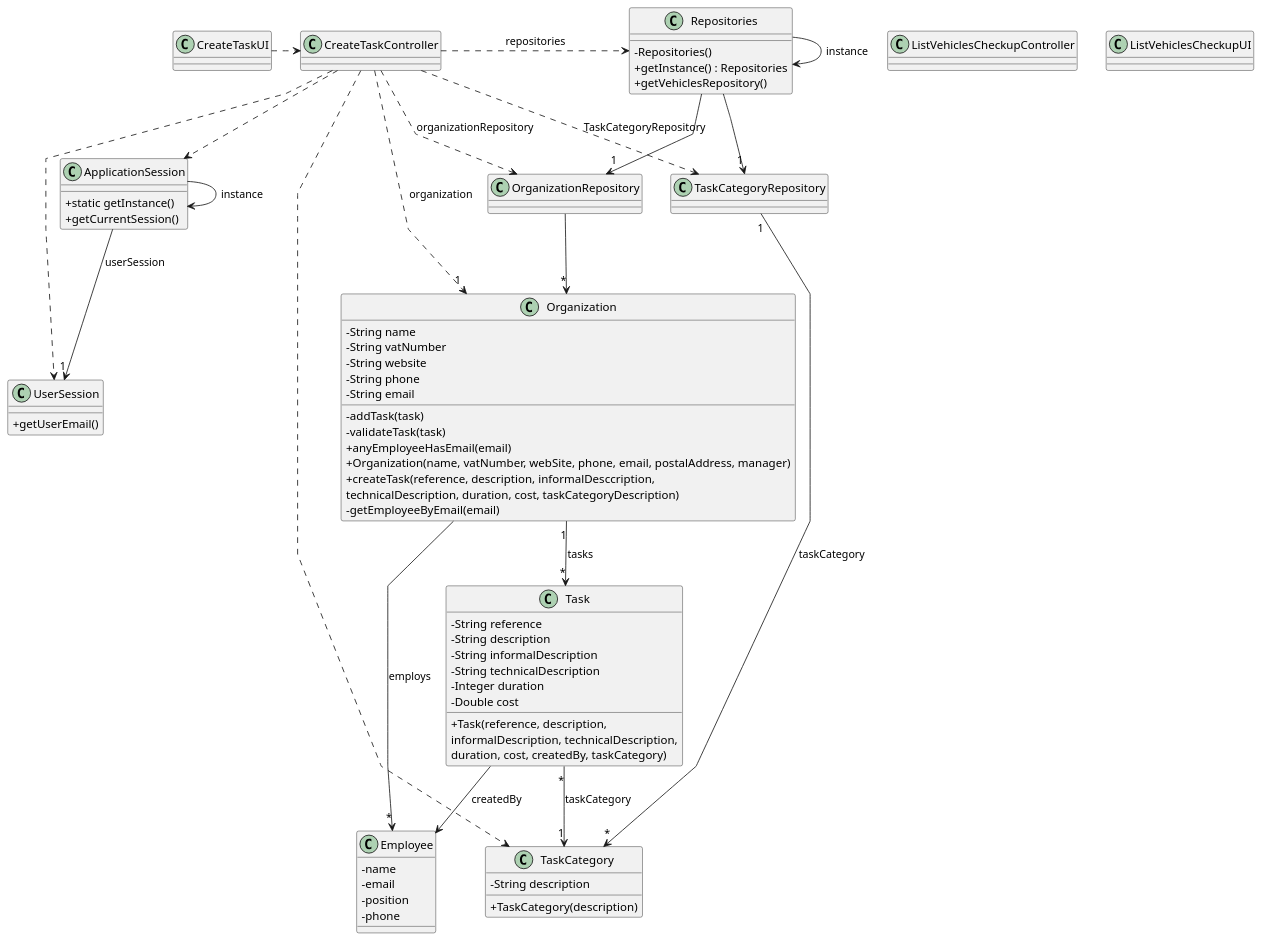
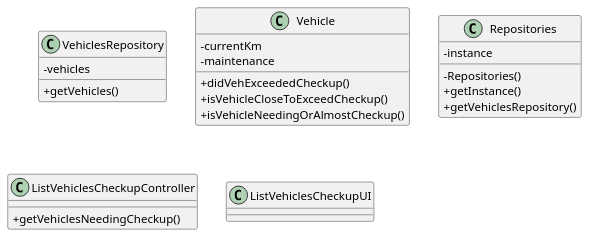
The diagram in docs/sprint2/us008/03.design/puml/us008-class-diagram.puml (1231360-ISEP/lei-24-s2-1db-g021), drawn with PlantUML before and after one commit. The commit also changed 1 other file, not shown here.

Commit message:
US008 - Making the Sequence Diagram. US008 - Starting the Class Diagram.

```diff
--- a/docs/sprint2/us008/03.design/puml/us008-class-diagram.puml
+++ b/docs/sprint2/us008/03.design/puml/us008-class-diagram.puml
@@ -1,102 +1,38 @@
 @startuml
 'skinparam monochrome true
 skinparam packageStyle rectangle
 skinparam shadowing false
 skinparam linetype polyline
 'skinparam linetype orto
 
 skinparam classAttributeIconSize 0
 
 'left to right direction
 
-class ApplicationSession
-{
-    + static getInstance()
-    + getCurrentSession()
+class VehiclesRepository {
+    - vehicles
+    + getVehicles()
 }
-
-class UserSession
-{
-    + getUserEmail()
-}
-
-class Employee {
-    - name
-    - email
-    - position
-    - phone
-}
-
-class Task {
-    - String reference
-    - String description
-    - String informalDescription
-    - String technicalDescription
-    - Integer duration
-    - Double cost
-
-    + Task(reference, description,\ninformalDescription, technicalDescription,\nduration, cost, createdBy, taskCategory)
-}
-
-class TaskCategory {
-    - String description
-
-    + TaskCategory(description)
-}
-
-class Organization {
-    - String name
-    - String vatNumber
-    - String website
-    - String phone
-    - String email
-
-    - addTask(task)
-    - validateTask(task)
-    + anyEmployeeHasEmail(email)
-    + Organization(name, vatNumber, webSite, phone, email, postalAddress, manager)
-    + createTask(reference, description, informalDesccription,\ntechnicalDescription, duration, cost, taskCategoryDescription)
-    - getEmployeeByEmail(email)
+class Vehicle {
+    - currentKm
+    - maintenance
+    + didVehExceededCheckup()
+    + isVehicleCloseToExceedCheckup()
+    + isVehicleNeedingOrAlmostCheckup()
 }
 
 class Repositories {
+    - instance
     - Repositories()
-    + getInstance() : Repositories
+    + getInstance()
     + getVehiclesRepository()
 }
 
 class ListVehiclesCheckupController {
+    + getVehiclesNeedingCheckup()
 }
 
 class ListVehiclesCheckupUI {
 }
 
-Repositories -> Repositories : instance
-ApplicationSession -> ApplicationSession : instance
-
-CreateTaskUI .> CreateTaskController
-
-CreateTaskController .> Repositories : repositories
-
-Repositories -> "1" TaskCategoryRepository
-
-CreateTaskController ..> TaskCategory
-CreateTaskController ..> OrganizationRepository : organizationRepository
-CreateTaskController ..> TaskCategoryRepository : TaskCategoryRepository
-
-Repositories --> "1" OrganizationRepository
-
-OrganizationRepository --> "*" Organization
-ApplicationSession --> "1" UserSession : userSession
-
-CreateTaskController ..> "1" Organization : organization
-CreateTaskController ..> ApplicationSession
-CreateTaskController ..> UserSession
-Task "*" --> "1" TaskCategory : taskCategory
-TaskCategoryRepository "1" --> "*" TaskCategory : taskCategory
-Organization "1" --> "*" Task : tasks
-Task --> Employee : createdBy
-
-Organization --> "*" Employee : employs
-
 @enduml
```
